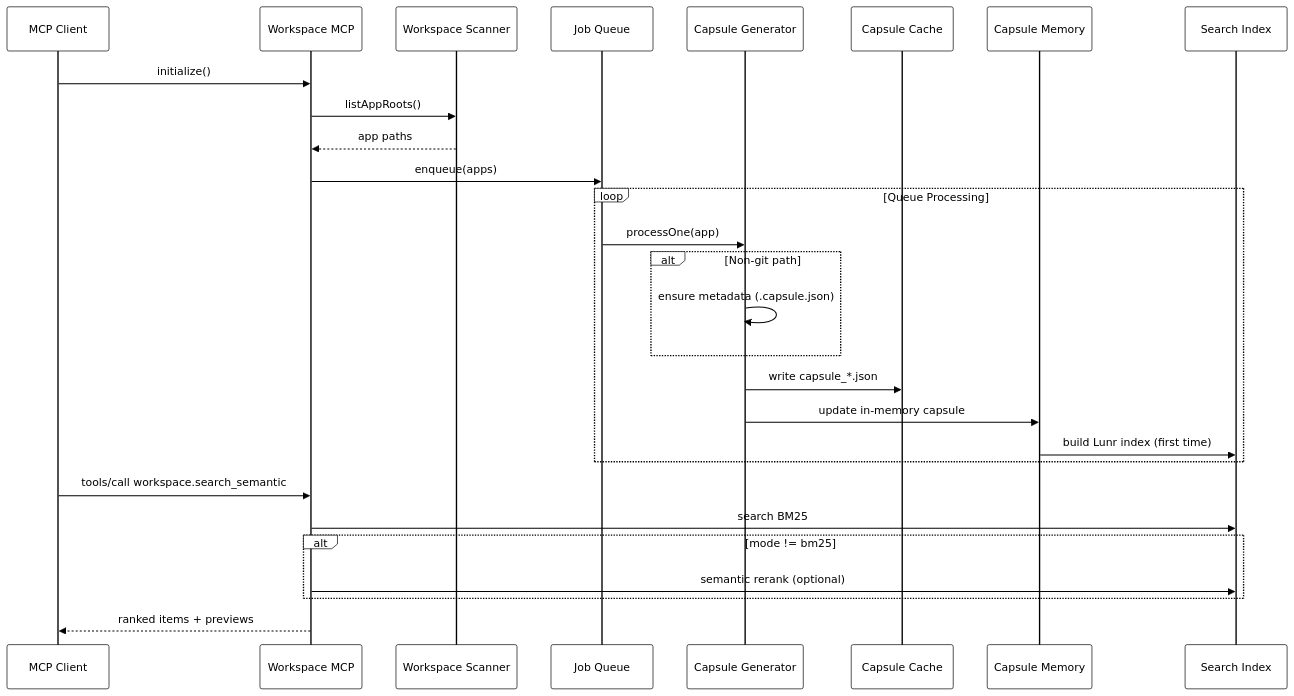
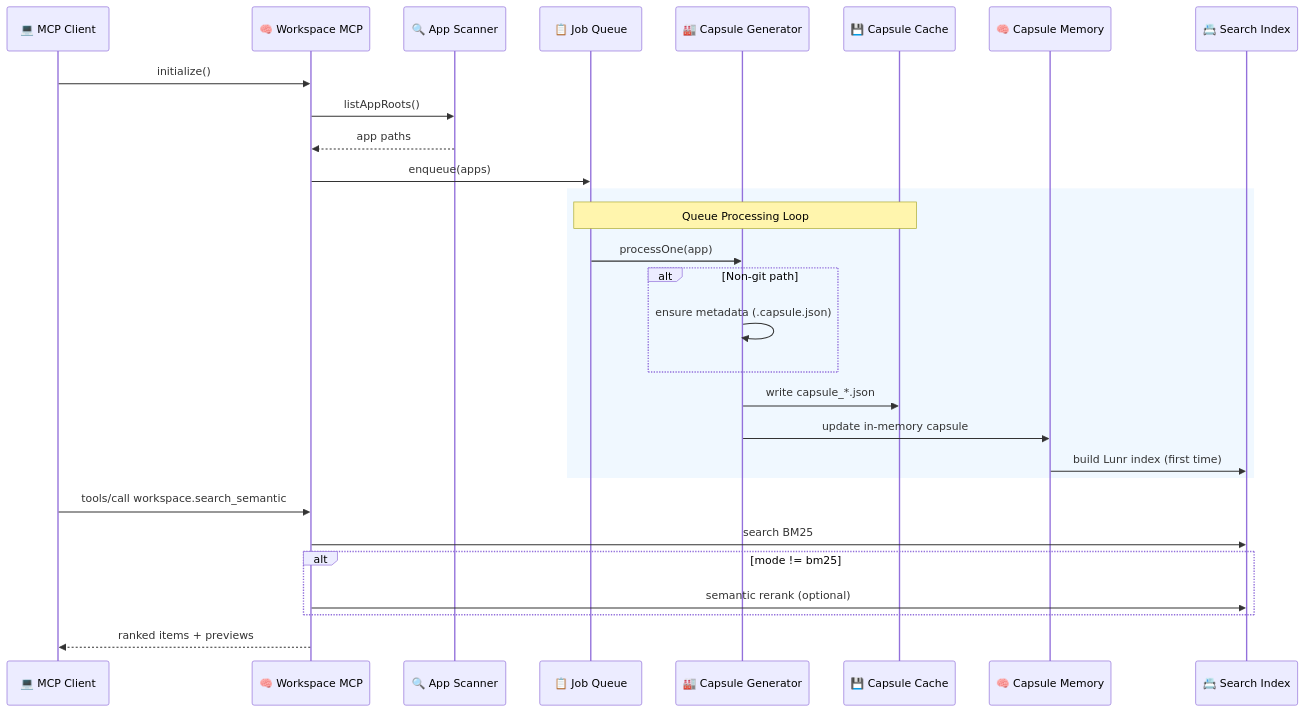
One commit to atifshafi/workspace-mcp changed the second of 4 diagrams in WORKFLOW_AND_TOOLS.md. Above: the diagram before and after it, drawn with Mermaid. The commit also changed other lines of this file and 1 other file, not shown here.

First line of the commit message:
🔧 Fix Mermaid diagrams for GitHub compatibility

````diff
--- a/WORKFLOW_AND_TOOLS.md
+++ b/WORKFLOW_AND_TOOLS.md
@@ -53,33 +57,34 @@
 ```mermaid
-%%{init: {"theme": "base", "themeVariables": {"primaryColor": "#ffffff", "primaryTextColor": "#000000", "primaryBorderColor": "#000000", "lineColor": "#000000", "background": "#ffffff"}} }%%
 sequenceDiagram
-  participant Client as MCP Client
-  participant Server as Workspace MCP
-  participant Scanner as Workspace Scanner
-  participant Queue as Job Queue
-  participant Generator as Capsule Generator
-  participant Cache as Capsule Cache
-  participant Memory as Capsule Memory
-  participant Index as Search Index
+    participant C as 💻 MCP Client
+    participant S as 🧠 Workspace MCP
+    participant Sc as 🔍 App Scanner
+    participant Q as 📋 Job Queue
+    participant G as 🏭 Capsule Generator
+    participant Ca as 💾 Capsule Cache
+    participant M as 🧠 Capsule Memory
+    participant I as 📇 Search Index
 
-  Client->>Server: initialize()
-  Server->>Scanner: listAppRoots()
-  Scanner-->>Server: app paths
-  Server->>Queue: enqueue(apps)
-  loop Queue Processing
-    Queue->>Generator: processOne(app)
-    alt Non-git path
-      Generator->>Generator: ensure metadata (.capsule.json)
+    C->>S: initialize()
+    S->>Sc: listAppRoots()
+    Sc-->>S: app paths
+    S->>Q: enqueue(apps)
+    
+    rect rgb(240, 248, 255)
+        Note over Q,Ca: Queue Processing Loop
+        Q->>G: processOne(app)
+        alt Non-git path
+            G->>G: ensure metadata (.capsule.json)
+        end
+        G->>Ca: write capsule_*.json
+        G->>M: update in-memory capsule
+        M->>I: build Lunr index (first time)
     end
-    Generator->>Cache: write capsule_*.json
-    Generator->>Memory: update in-memory capsule
-    Memory->>Index: build Lunr index (first time)
-  end
 
-  Client->>Server: tools/call workspace.search_semantic
-  Server->>Index: search BM25
-  alt mode != bm25
-    Server->>Index: semantic rerank (optional)
-  end
-  Server-->>Client: ranked items + previews
+    C->>S: tools/call workspace.search_semantic
+    S->>I: search BM25
+    alt mode != bm25
+        S->>I: semantic rerank (optional)
+    end
+    S-->>C: ranked items + previews
 ```
````
